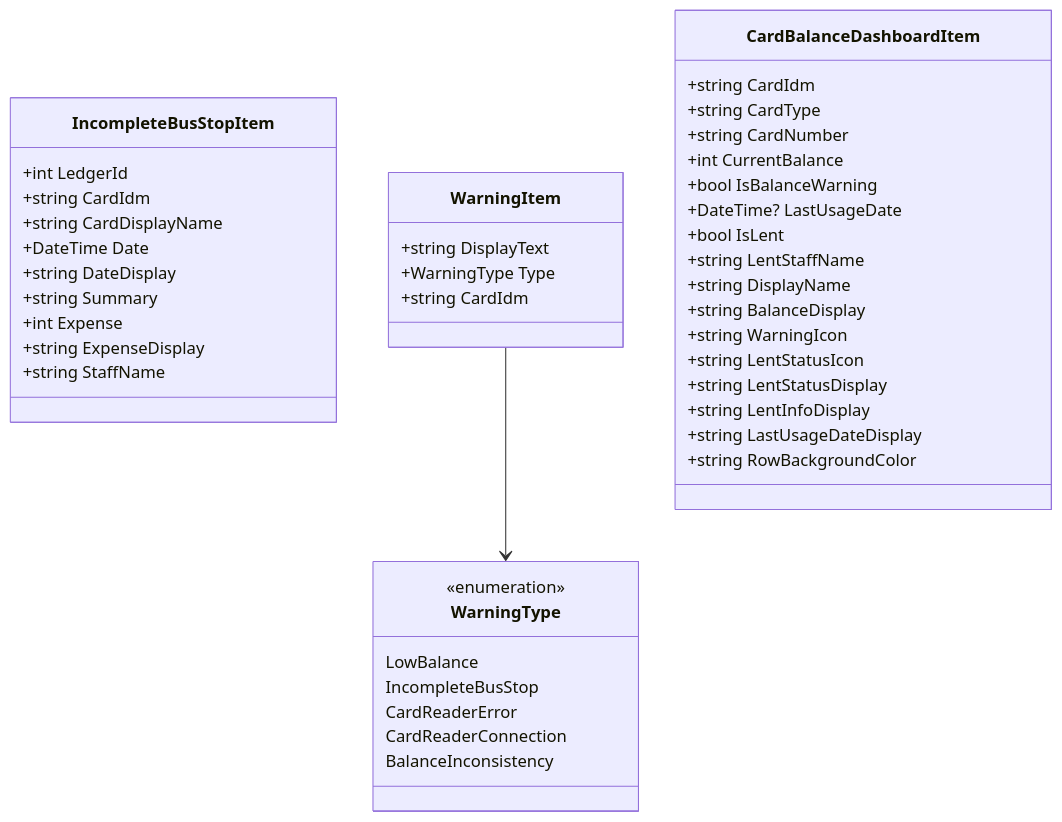
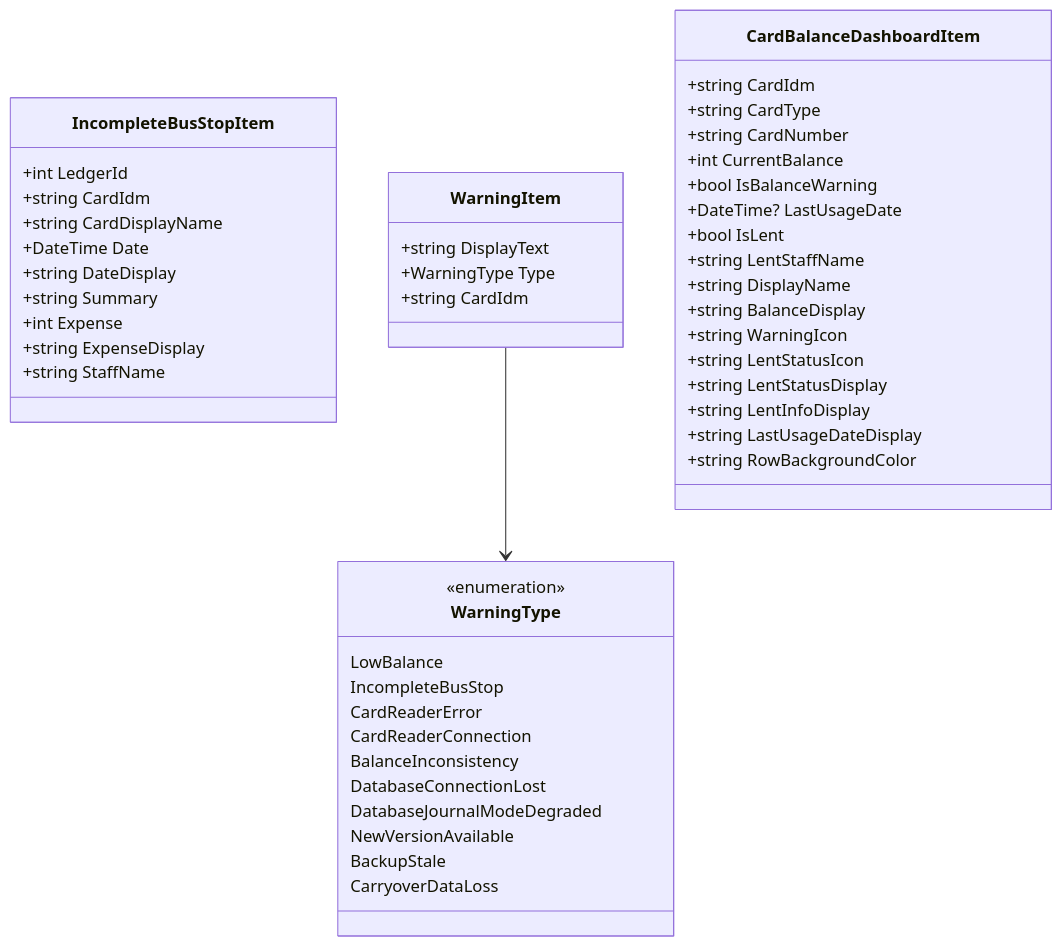
Diagram 48 of 50 in ICCardManager/docs/design/05_クラス設計書.md (kuwayamamasayuki/ICCardManager), drawn with Mermaid before and after one commit. The commit also changed other lines of this file and 20 other files, not shown here.

````diff
--- a/ICCardManager/docs/design/05_クラス設計書.md
+++ b/ICCardManager/docs/design/05_クラス設計書.md
@@ -2435,50 +2437,55 @@
 ```mermaid
 classDiagram
     class IncompleteBusStopItem {
         +int LedgerId
         +string CardIdm
         +string CardDisplayName
         +DateTime Date
         +string DateDisplay
         +string Summary
         +int Expense
         +string ExpenseDisplay
         +string StaffName
     }
 
     class WarningItem {
         +string DisplayText
         +WarningType Type
         +string CardIdm
     }
 
     class WarningType {
         <<enumeration>>
         LowBalance
         IncompleteBusStop
         CardReaderError
         CardReaderConnection
         BalanceInconsistency
+        DatabaseConnectionLost
+        DatabaseJournalModeDegraded
+        NewVersionAvailable
+        BackupStale
+        CarryoverDataLoss
     }
 
     class CardBalanceDashboardItem {
         +string CardIdm
         +string CardType
         +string CardNumber
         +int CurrentBalance
         +bool IsBalanceWarning
         +DateTime? LastUsageDate
         +bool IsLent
         +string LentStaffName
         +string DisplayName
         +string BalanceDisplay
         +string WarningIcon
         +string LentStatusIcon
         +string LentStatusDisplay
         +string LentInfoDisplay
         +string LastUsageDateDisplay
         +string RowBackgroundColor
     }
 
     WarningItem --> WarningType
 ```
````
